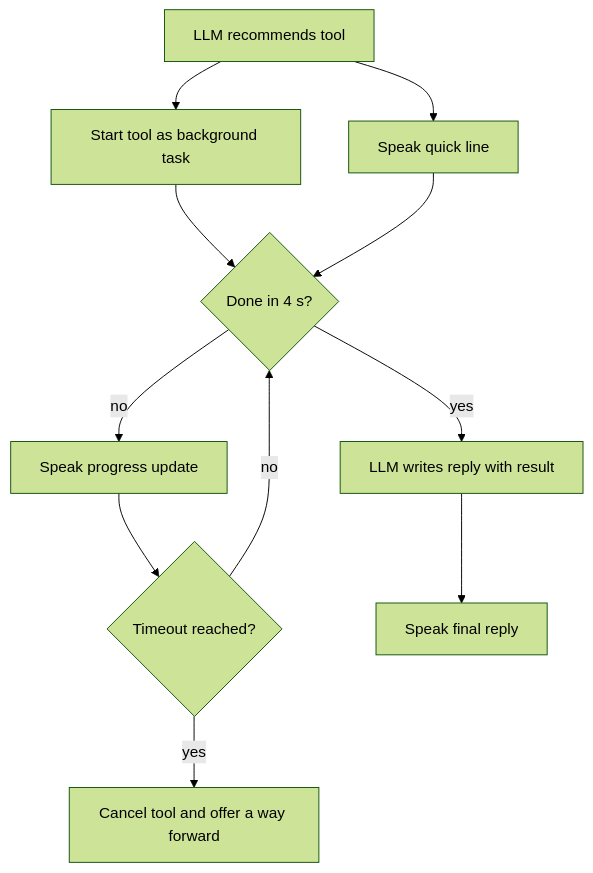
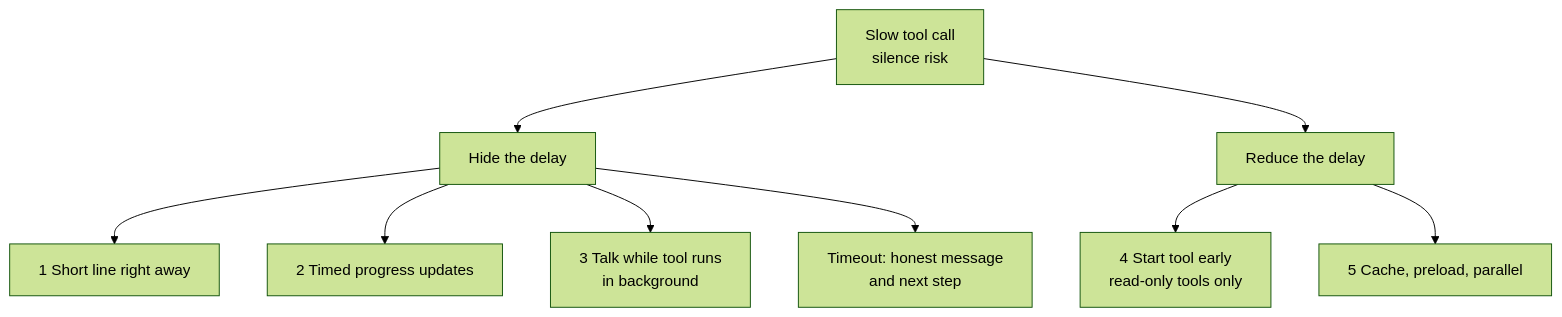
The first of 2 diagrams in notes/step-16-ai-infrastructure-deployment-and-system-design/215-slow-tool-calls-in-voice-agents.md (kaisarnajar/outcome-school-blogs), drawn with Mermaid (forest theme) before and after one commit. The commit also changed other lines of this file and 233 other files, not shown here.

````diff
--- a/notes/step-16-ai-infrastructure-deployment-and-system-design/215-slow-tool-calls-in-voice-agents.md
+++ b/notes/step-16-ai-infrastructure-deployment-and-system-design/215-slow-tool-calls-in-voice-agents.md
@@ -30,13 +72,11 @@
 ```mermaid
 flowchart TD
-    A["LLM recommends tool"] --> B["Start tool as background task"]
-    A --> C["Speak quick line"]
-    B --> D{"Done in 4 s?"}
-    C --> D
-    D -->|"yes"| G["LLM writes reply with result"]
-    D -->|"no"| E["Speak progress update"]
-    E --> F{"Timeout reached?"}
-    F -->|"no"| D
-    F -->|"yes"| H["Cancel tool and offer a way forward"]
-    G --> I["Speak final reply"]
+  P1["Slow tool call<br/>silence risk"] --> H1["Hide the delay"]
+  P1 --> R1["Reduce the delay"]
+  H1 --> T1["1 Short line right away"]
+  H1 --> T2["2 Timed progress updates"]
+  H1 --> T3["3 Talk while tool runs<br/>in background"]
+  R1 --> T4["4 Start tool early<br/>read-only tools only"]
+  R1 --> T5["5 Cache, preload, parallel"]
+  H1 --> TO["Timeout: honest message<br/>and next step"]
 ```
````
